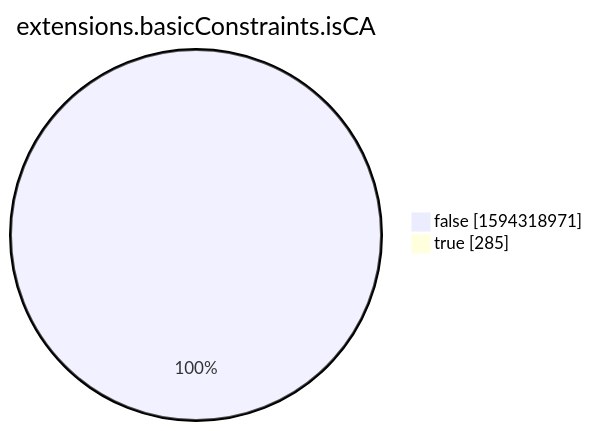
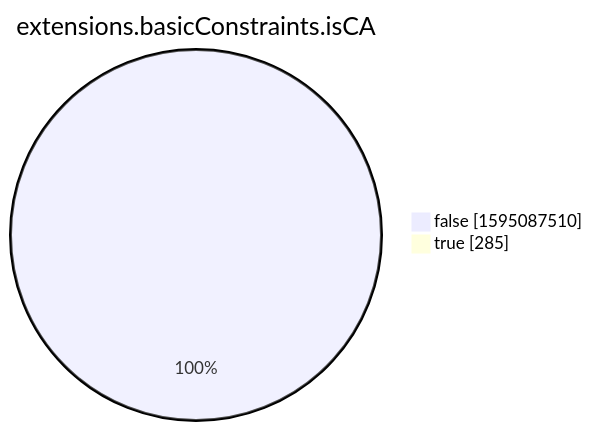
The eighth of 15 diagrams in xenon2022/README.md (christiankrug/ctmonitor_visualization), drawn with Mermaid before and after one commit. The commit also changed other lines of this file, not shown here.

````diff
--- a/xenon2022/README.md
+++ b/xenon2022/README.md
@@ -2862,6 +2862,6 @@
 ```mermaid
 pie showData
 title extensions.basicConstraints.isCA
-"false" :1594318971
+"false" :1595087510
 "true" :285
 ```
````
